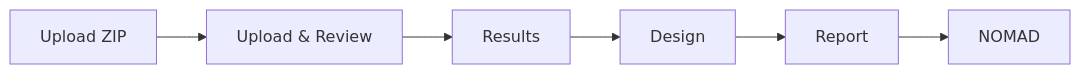
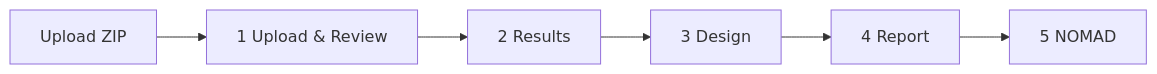
The diagram in docs/guides/GETTING_STARTED.md (matginesi/LabFlow), drawn with Mermaid before and after one commit. The commit also changed other lines of this file and 66 other files, not shown here.

````diff
--- a/docs/guides/GETTING_STARTED.md
+++ b/docs/guides/GETTING_STARTED.md
@@ -16,8 +16,8 @@
 ```mermaid
 flowchart LR
-  ZIP[Upload ZIP] --> REVIEW[Upload & Review]
-  REVIEW --> RESULTS[Results]
-  RESULTS --> DESIGN[Design]
-  DESIGN --> REPORT[Report]
-  REPORT --> NOMAD[NOMAD]
+  ZIP[Upload ZIP] --> REVIEW[1 Upload & Review]
+  REVIEW --> RESULTS[2 Results]
+  RESULTS --> DESIGN[3 Design]
+  DESIGN --> REPORT[4 Report]
+  REPORT --> NOMAD[5 NOMAD]
 ```
````
